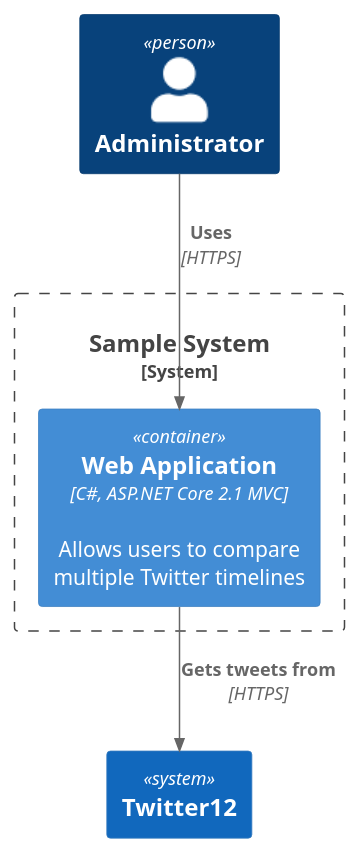
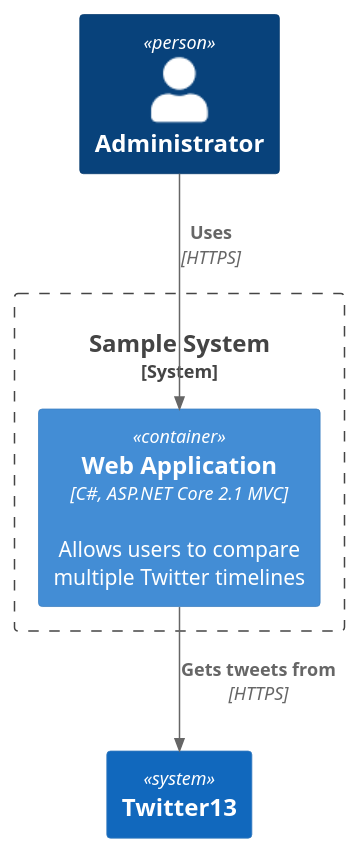
One commit to kcirtapfromspace/plantuml changed the diagram in doc/design/assets/diagram2.puml. Above: the diagram before and after it, drawn with PlantUML. The commit also changed 1 other file, not shown here.

```diff
--- a/doc/design/assets/diagram2.puml
+++ b/doc/design/assets/diagram2.puml
@@ -1,13 +1,13 @@
 @startuml Basic_Sample
 !include https://raw.githubusercontent.com/plantuml-stdlib/C4-PlantUML/master/C4_Container.puml
 
 Person(admin, "Administrator")
 System_Boundary(c1, "Sample System") {
     Container(web_app, "Web Application", "C#, ASP.NET Core 2.1 MVC", "Allows users to compare multiple Twitter timelines")
 }
 System(twitter, "Twitter")
-System(twitter, "Twitter12")
+System(twitter, "Twitter13")
 
 Rel(admin, web_app, "Uses", "HTTPS")
 Rel(web_app, twitter, "Gets tweets from", "HTTPS")
 @enduml
```
